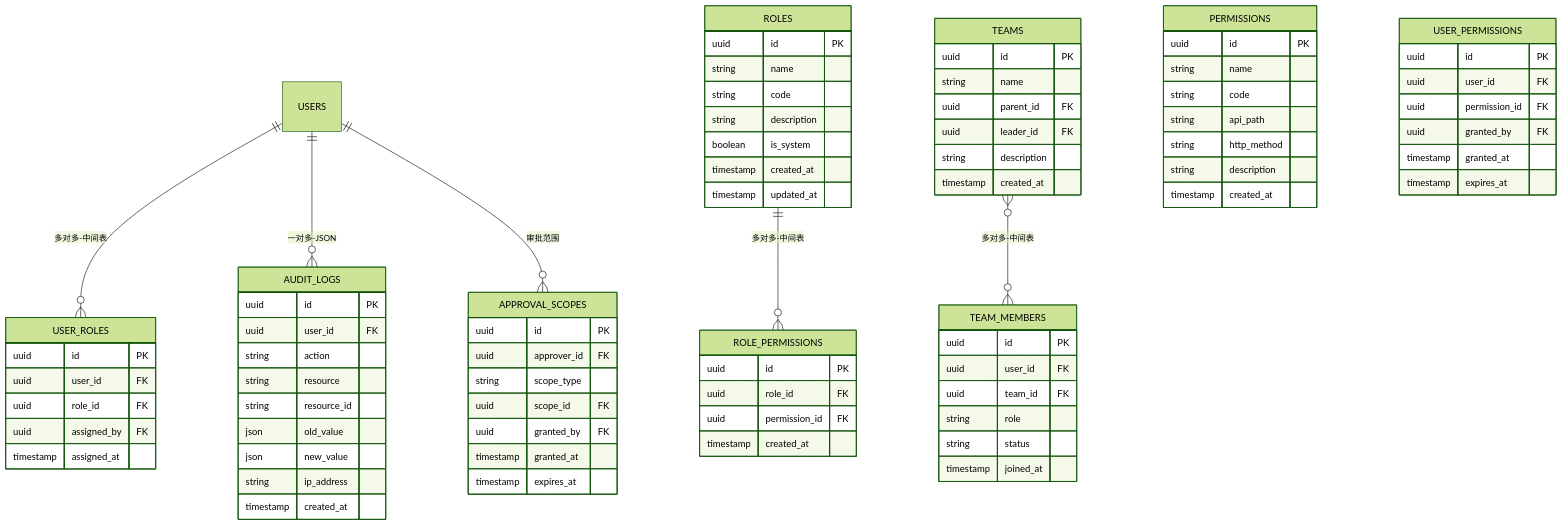
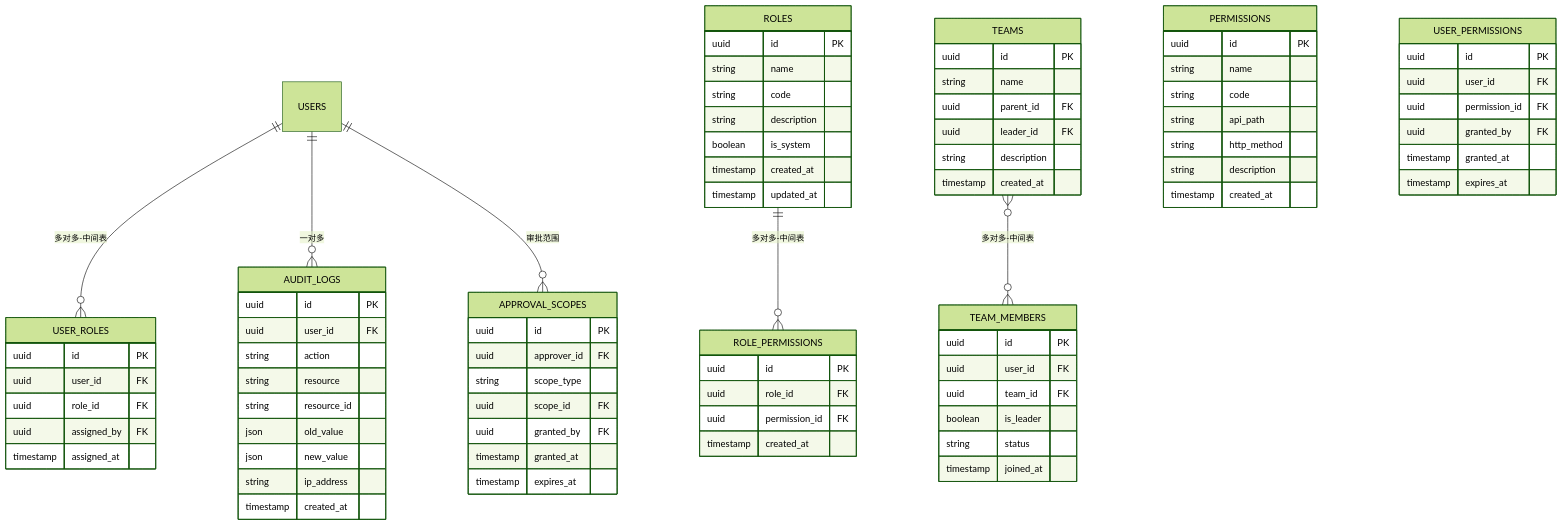
Before and after one commit to dayutech/Vuln-Audit-Lifecycle-Management: the eighth of 12 diagrams in docs/design/er_diagram.md, drawn with Mermaid (forest theme). The commit also changed other lines of this file and 11 other files, not shown here.

```diff
--- a/docs/design/er_diagram.md
+++ b/docs/design/er_diagram.md
@@ -469,7 +468,7 @@
     USERS ||--o{ USER_ROLES : "多对多-中间表"
     ROLES ||--o{ ROLE_PERMISSIONS : "多对多-中间表"
     TEAMS }o--o{ TEAM_MEMBERS : "多对多-中间表"
-    USERS ||--o{ AUDIT_LOGS : "一对多-JSON"
+    USERS ||--o{ AUDIT_LOGS : "一对多"
     USERS ||--o{ APPROVAL_SCOPES : "审批范围"
     
     ROLES {
@@ -529,7 +528,7 @@
         uuid id PK
         uuid user_id FK
         uuid team_id FK
-        string role
+        boolean is_leader
         string status
         timestamp joined_at
     }
```
